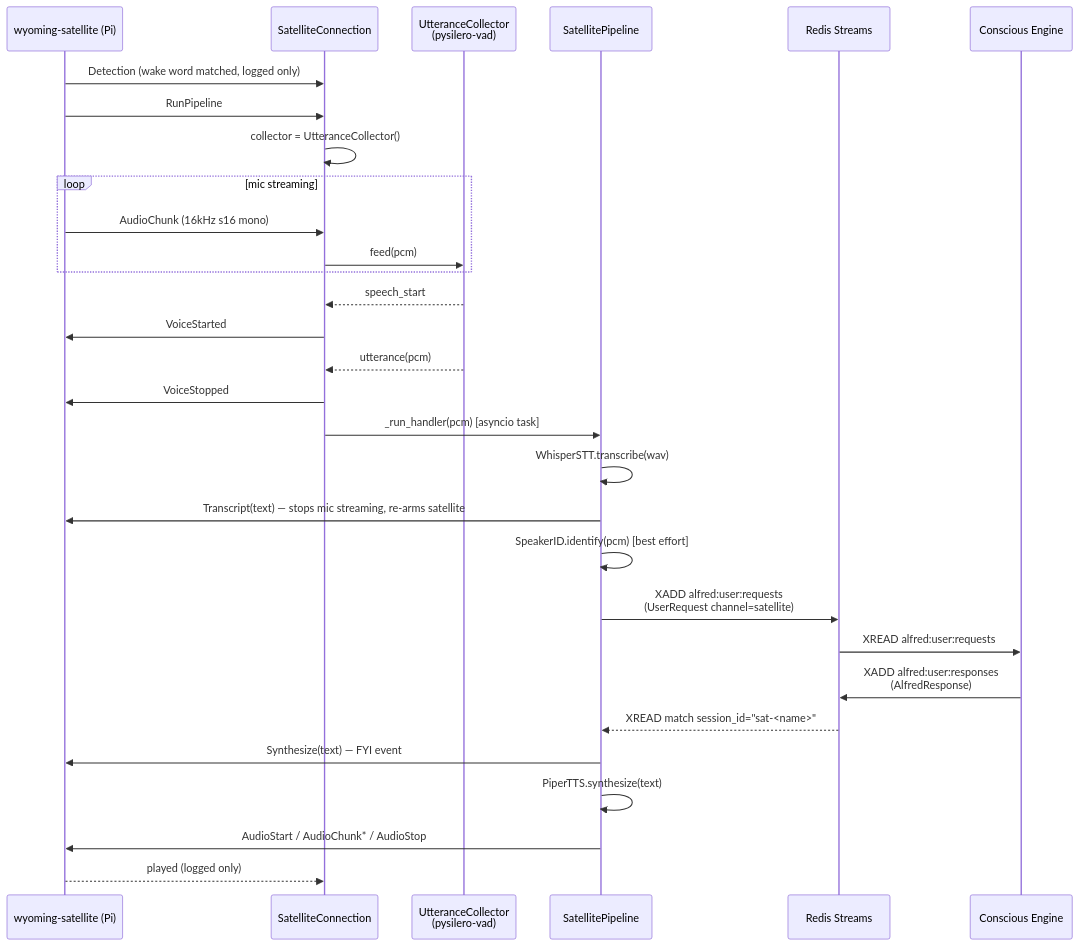
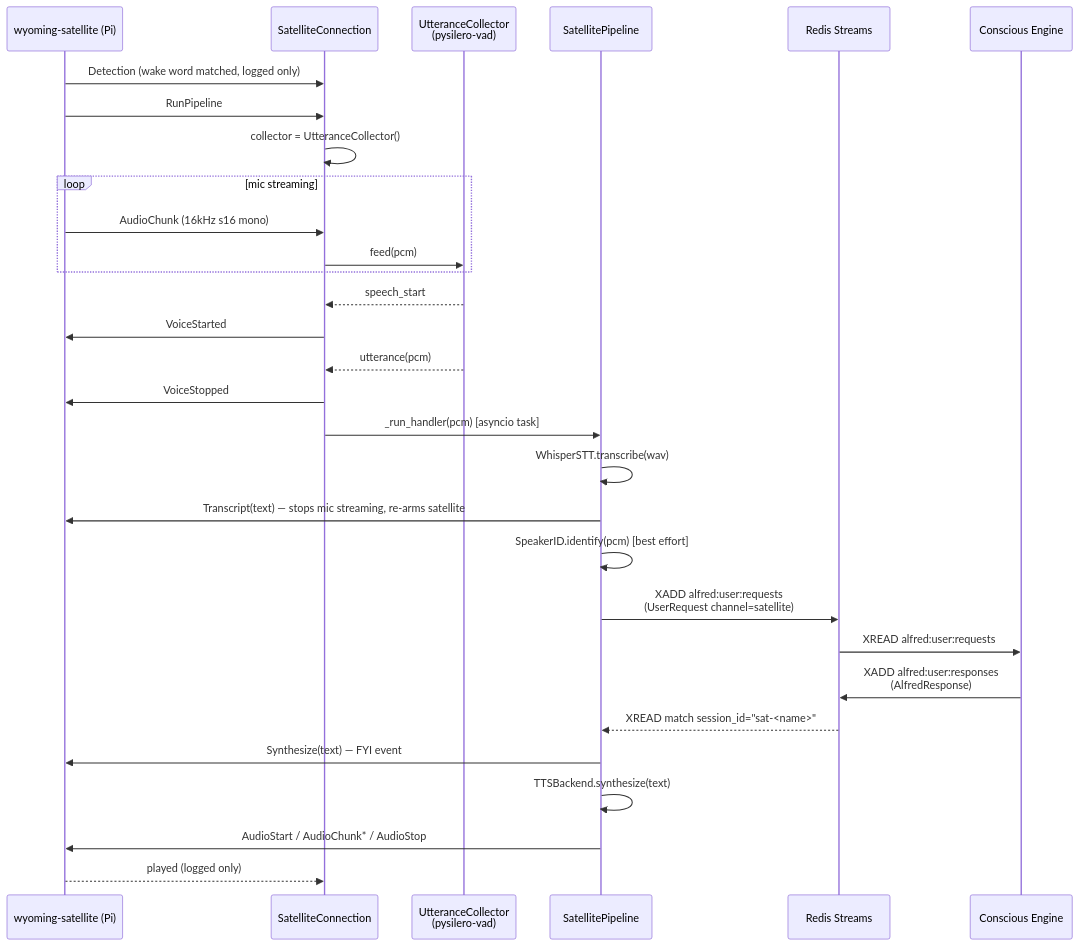
The second of 2 diagrams in docs/voice-satellites.md (anirudhlath/alfred), drawn with Mermaid before and after one commit. The commit also changed other lines of this file and 41 other files, not shown here.

````diff
--- a/docs/voice-satellites.md
+++ b/docs/voice-satellites.md
@@ -59,33 +60,33 @@
 ```mermaid
 sequenceDiagram
     participant Pi as wyoming-satellite (Pi)
     participant Conn as SatelliteConnection
     participant VAD as UtteranceCollector<br/>(pysilero-vad)
     participant Pipe as SatellitePipeline
     participant Redis as Redis Streams
     participant Conscious as Conscious Engine
 
     Pi->>Conn: Detection (wake word matched, logged only)
     Pi->>Conn: RunPipeline
     Conn->>Conn: collector = UtteranceCollector()
     loop mic streaming
         Pi->>Conn: AudioChunk (16kHz s16 mono)
         Conn->>VAD: feed(pcm)
     end
     VAD-->>Conn: speech_start
     Conn->>Pi: VoiceStarted
     VAD-->>Conn: utterance(pcm)
     Conn->>Pi: VoiceStopped
     Conn->>Pipe: _run_handler(pcm) [asyncio task]
     Pipe->>Pipe: WhisperSTT.transcribe(wav)
     Pipe->>Pi: Transcript(text) — stops mic streaming, re-arms satellite
     Pipe->>Pipe: SpeakerID.identify(pcm) [best effort]
     Pipe->>Redis: XADD alfred:user:requests<br/>(UserRequest channel=satellite)
     Redis->>Conscious: XREAD alfred:user:requests
     Conscious->>Redis: XADD alfred:user:responses<br/>(AlfredResponse)
     Redis-->>Pipe: XREAD match session_id="sat-<name>"
     Pipe->>Pi: Synthesize(text) — FYI event
-    Pipe->>Pipe: PiperTTS.synthesize(text)
+    Pipe->>Pipe: TTSBackend.synthesize(text)
     Pipe->>Pi: AudioStart / AudioChunk* / AudioStop
     Pi-->>Conn: played (logged only)
 ```
````
